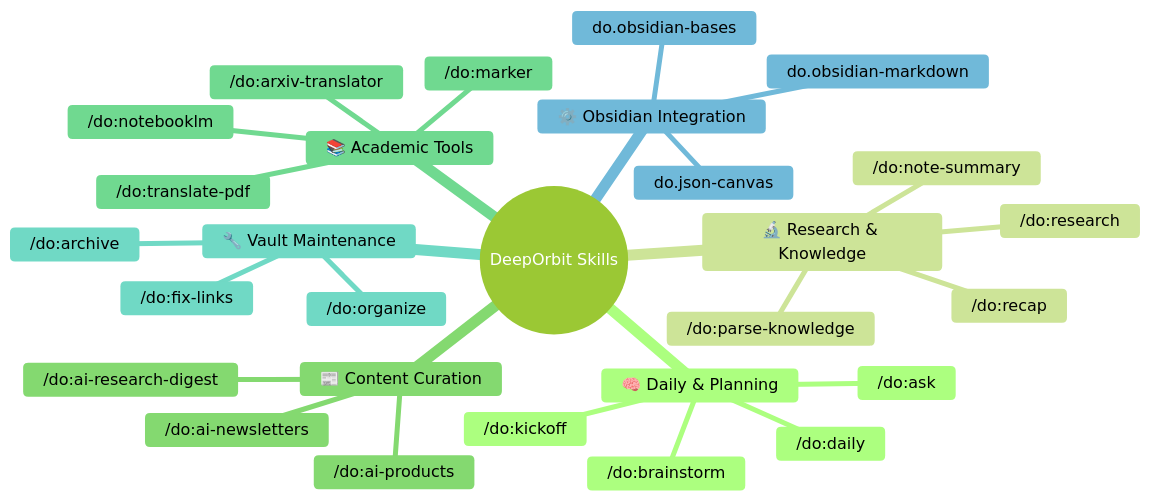
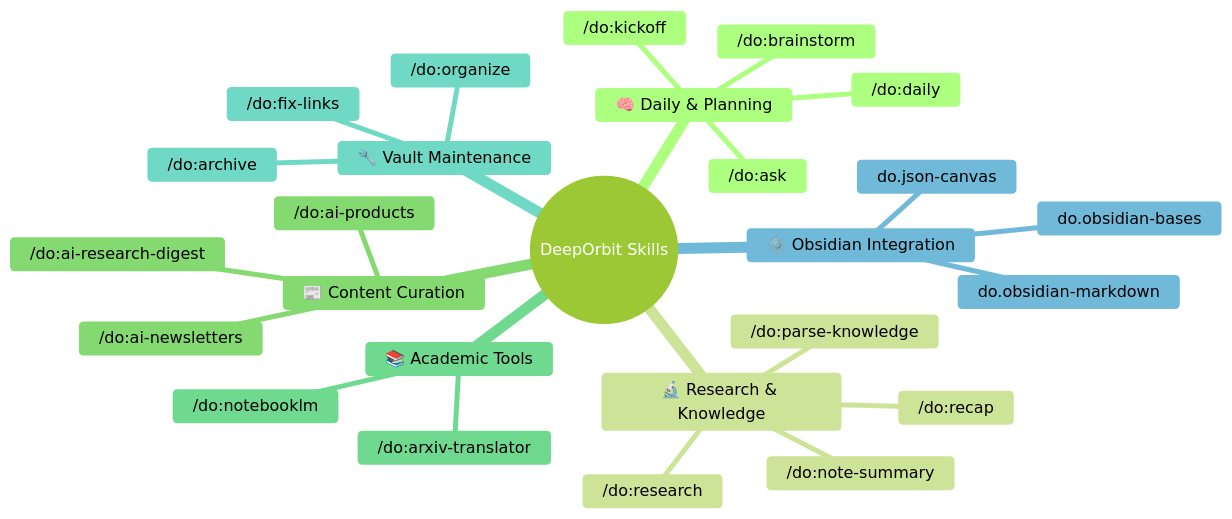
The third of 6 diagrams in README.md (dull-bird/DeepOrbit), drawn with Mermaid (forest theme) before and after one commit. The commit also changed other lines of this file and 1 other file, not shown here.

Commit message:
feat: Add Chinese documentation, update the project description in the English README, and remove `marker` and `translate-pdf` tools.

````diff
--- a/README.md
+++ b/README.md
@@ -108,31 +109,29 @@
 ```mermaid
 mindmap
   root((DeepOrbit Skills))
     🧠 Daily & Planning
       /do:daily
       /do:kickoff
       /do:brainstorm
       /do:ask
     🔬 Research & Knowledge
       /do:research
       /do:parse-knowledge
       /do:note-summary
       /do:recap
     📰 Content Curation
       /do:ai-newsletters
       /do:ai-products
       /do:ai-research-digest
     📚 Academic Tools
       /do:arxiv-translator
-      /do:marker
-      /do:translate-pdf
       /do:notebooklm
     🔧 Vault Maintenance
       /do:fix-links
       /do:archive
       /do:organize
     ⚙️ Obsidian Integration
       do.obsidian-markdown
       do.obsidian-bases
       do.json-canvas
 ```
````
